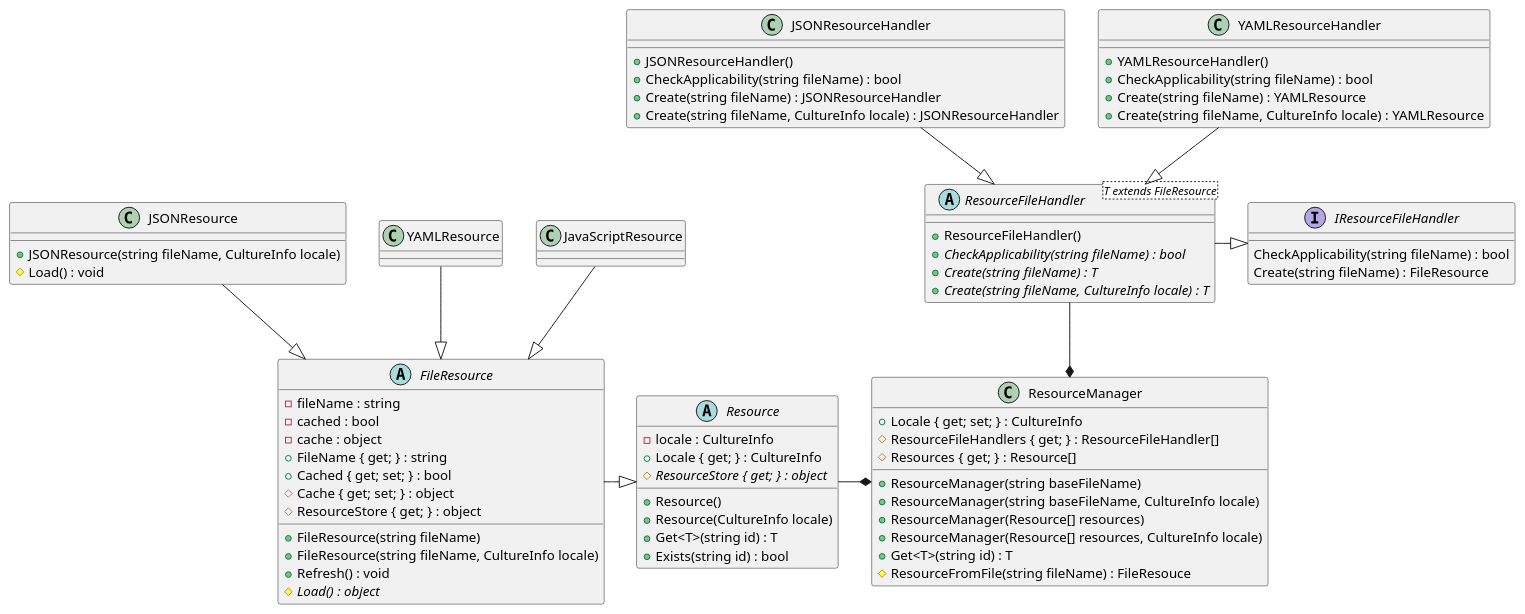
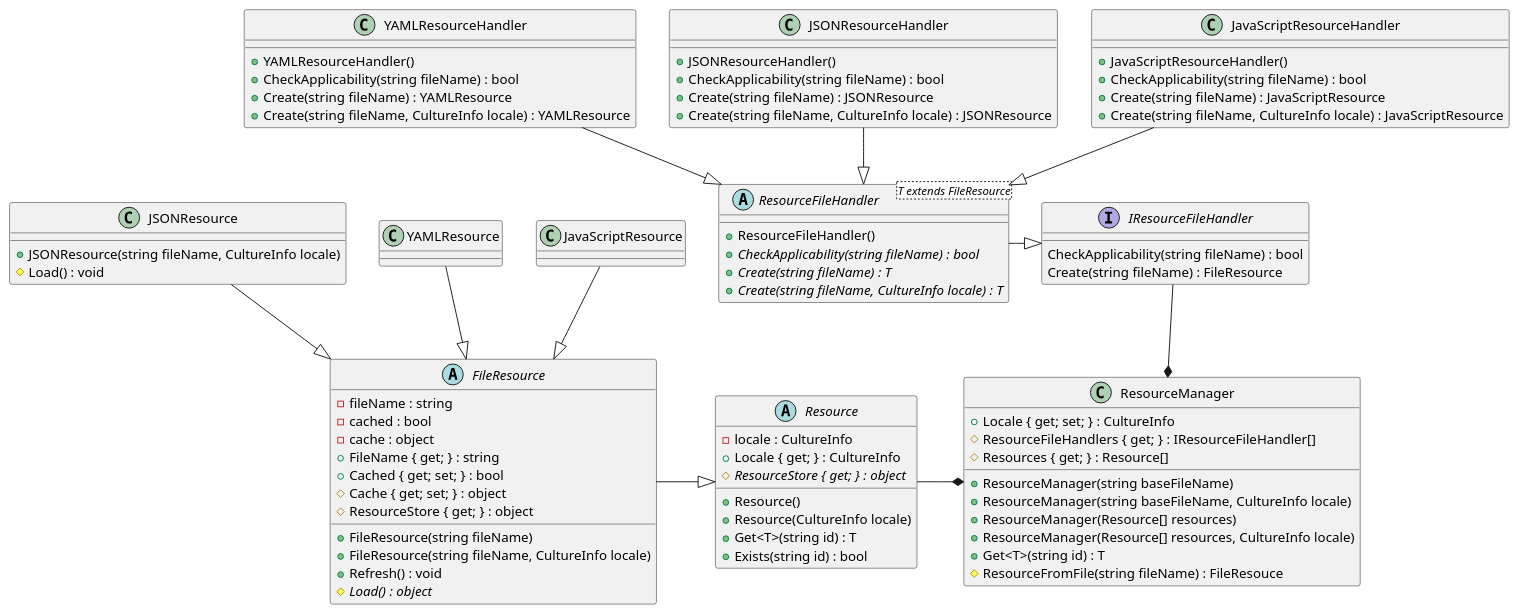
Before and after one commit to manuth/ResourceManager.js: the diagram in docs/ClassDiagram.wsd, drawn with PlantUML.

Commit message:
Rework the class diagram

```diff
--- a/docs/ClassDiagram.wsd
+++ b/docs/ClassDiagram.wsd
@@ -1,102 +1,111 @@
 @startuml ResourceManager.js
-interface IResourceFileHandler
-{
-    CheckApplicability(string fileName) : bool
-    Create(string fileName) : FileResource
-}
-
-
-ResourceFileHandler -|> IResourceFileHandler
-
-abstract class ResourceFileHandler<T extends FileResource>
-{
-    + ResourceFileHandler()
-    + {abstract} CheckApplicability(string fileName) : bool
-    + {abstract} Create(string fileName) : T
-    + {abstract} Create(string fileName, CultureInfo locale) : T
-}
-
-JSONResourceHandler --|> ResourceFileHandler
-
-class JSONResourceHandler
-{
-    + JSONResourceHandler()
-    + CheckApplicability(string fileName) : bool
-    + Create(string fileName) : JSONResourceHandler
-    + Create(string fileName, CultureInfo locale) : JSONResourceHandler
-}
-
-YAMLResourceHandler --|> ResourceFileHandler
-
-class YAMLResourceHandler
-{
-    + YAMLResourceHandler()
-    + CheckApplicability(string fileName) : bool
-    + Create(string fileName) : YAMLResource
-    + Create(string fileName, CultureInfo locale) : YAMLResource
-}
-
 abstract class Resource
 {
     - locale : CultureInfo
     + Resource()
     + Resource(CultureInfo locale)
     + Locale { get; } : CultureInfo
     # {abstract} ResourceStore { get; } : object
     + Get<T>(string id) : T
     + Exists(string id) : bool
-}
-
-Resource -* ResourceManager
-ResourceFileHandler --* ResourceManager
-
-class ResourceManager
-{
-    + ResourceManager(string baseFileName)
-    + ResourceManager(string baseFileName, CultureInfo locale)
-    + ResourceManager(Resource[] resources)
-    + ResourceManager(Resource[] resources, CultureInfo locale)
-    + Locale { get; set; } : CultureInfo
-    # ResourceFileHandlers { get; } : ResourceFileHandler[]
-    # Resources { get; } : Resource[]
-    + Get<T>(string id) : T
-    # ResourceFromFile(string fileName) : FileResouce
 }
 
 FileResource -|> Resource
 
 abstract class FileResource
 {
     - fileName : string
     - cached : bool
     - cache : object
     + FileResource(string fileName)
     + FileResource(string fileName, CultureInfo locale)
     + FileName { get; } : string
     + Cached { get; set; } : bool
     # Cache { get; set; } : object
     # ResourceStore { get; } : object
     + Refresh() : void
     # {abstract} Load() : object
 }
 
 JSONResource --|> FileResource
 
 class JSONResource
 {
     + JSONResource(string fileName, CultureInfo locale)
     # Load() : void
 }
 
 YAMLResource --|> FileResource
 
 class YAMLResource
 {
 }
 
 JavaScriptResource --|> FileResource
 
 class JavaScriptResource
 {
 }
+
+interface IResourceFileHandler
+{
+    CheckApplicability(string fileName) : bool
+    Create(string fileName) : FileResource
+}
+
+ResourceFileHandler -|> IResourceFileHandler
+
+abstract class ResourceFileHandler<T extends FileResource>
+{
+    + ResourceFileHandler()
+    + {abstract} CheckApplicability(string fileName) : bool
+    + {abstract} Create(string fileName) : T
+    + {abstract} Create(string fileName, CultureInfo locale) : T
+}
+
+YAMLResourceHandler --|> ResourceFileHandler
+
+class YAMLResourceHandler
+{
+    + YAMLResourceHandler()
+    + CheckApplicability(string fileName) : bool
+    + Create(string fileName) : YAMLResource
+    + Create(string fileName, CultureInfo locale) : YAMLResource
+}
+
+JSONResourceHandler --|> ResourceFileHandler
+
+class JSONResourceHandler
+{
+    + JSONResourceHandler()
+    + CheckApplicability(string fileName) : bool
+    + Create(string fileName) : JSONResource
+    + Create(string fileName, CultureInfo locale) : JSONResource
+}
+
+JavaScriptResourceHandler --|> ResourceFileHandler
+
+class JavaScriptResourceHandler
+{
+    + JavaScriptResourceHandler()
+    + CheckApplicability(string fileName) : bool
+    + Create(string fileName) : JavaScriptResource
+    + Create(string fileName, CultureInfo locale) : JavaScriptResource
+}
+
+Resource -* ResourceManager
+IResourceFileHandler --* ResourceManager
+
+class ResourceManager
+{
+    + ResourceManager(string baseFileName)
+    + ResourceManager(string baseFileName, CultureInfo locale)
+    + ResourceManager(Resource[] resources)
+    + ResourceManager(Resource[] resources, CultureInfo locale)
+    + Locale { get; set; } : CultureInfo
+    # ResourceFileHandlers { get; } : IResourceFileHandler[]
+    # Resources { get; } : Resource[]
+    + Get<T>(string id) : T
+    # ResourceFromFile(string fileName) : FileResouce
+}
 @enduml
```
